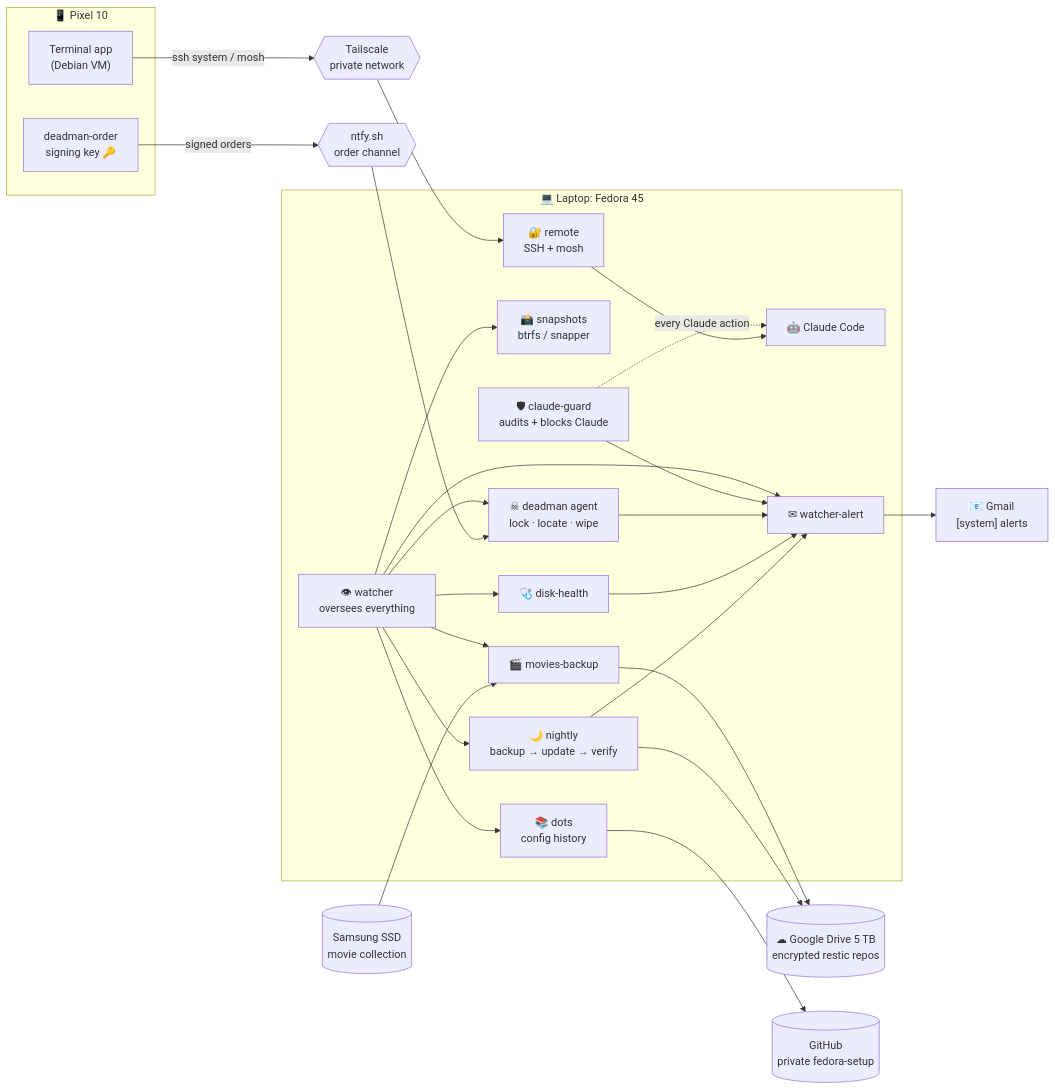
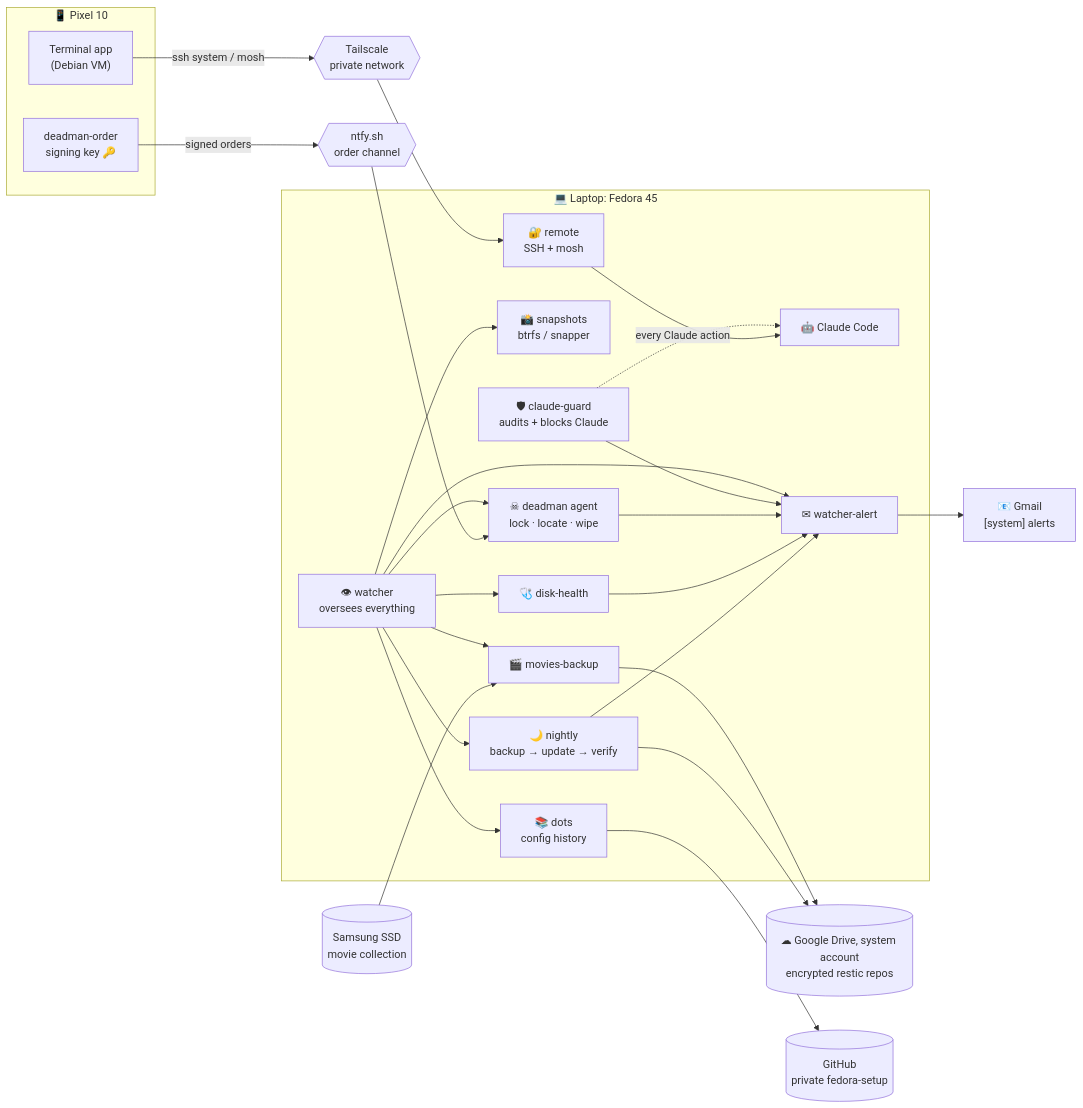
The first of 5 diagrams in docs/architecture.md (levifarley/fedora-workstation-automation), drawn with Mermaid before and after one commit. The commit also changed other lines of this file and 30 other files, not shown here.

````diff
--- a/docs/architecture.md
+++ b/docs/architecture.md
@@ -11,39 +11,39 @@
 ```mermaid
 flowchart LR
     subgraph PHONE["📱 Pixel 10"]
         TA["Terminal app<br/>(Debian VM)"]
         DO["deadman-order<br/>signing key 🔑"]
     end
 
     subgraph LAPTOP["💻 Laptop: Fedora 45"]
         W["👁 watcher<br/>oversees everything"]
         N["🌙 nightly<br/>backup → update → verify"]
         S["📸 snapshots<br/>btrfs / snapper"]
         DH["🩺 disk-health"]
         G["🛡 claude-guard<br/>audits + blocks Claude"]
         DM["☠ deadman agent<br/>lock · locate · wipe"]
         R["🔐 remote<br/>SSH + mosh"]
         C["🤖 Claude Code"]
         MB["🎬 movies-backup"]
         D["📚 dots<br/>config history"]
         A["✉ watcher-alert"]
     end
 
     SSD[("Samsung SSD<br/>movie collection")]
-    GD[("☁ Google Drive 5 TB<br/>encrypted restic repos")]
+    GD[("☁ Google Drive, system account<br/>encrypted restic repos")]
     GH[("GitHub<br/>private fedora-setup")]
     MAIL["📧 Gmail<br/>[system] alerts"]
     TS{{"Tailscale<br/>private network"}}
     NT{{"ntfy.sh<br/>order channel"}}
 
     TA -- "ssh system / mosh" --> TS --> R
     R --> C
     DO -- "signed orders" --> NT --> DM
     N --> GD
     MB --> GD
     SSD --> MB
     D --> GH
     W --> N & S & DH & DM & MB & D
     G -. "every Claude action" .-> C
     N & DH & DM & G & W --> A --> MAIL
 ```
````
